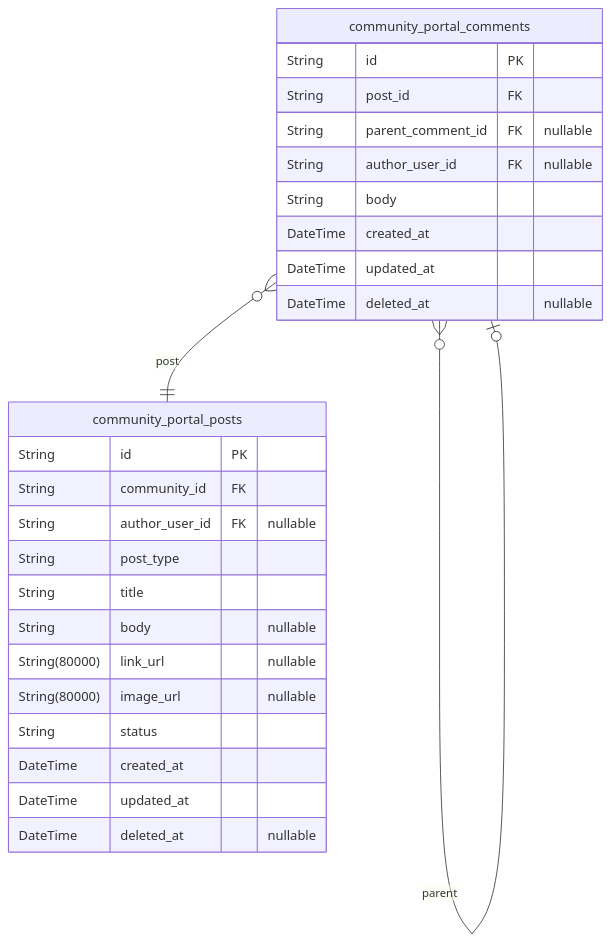
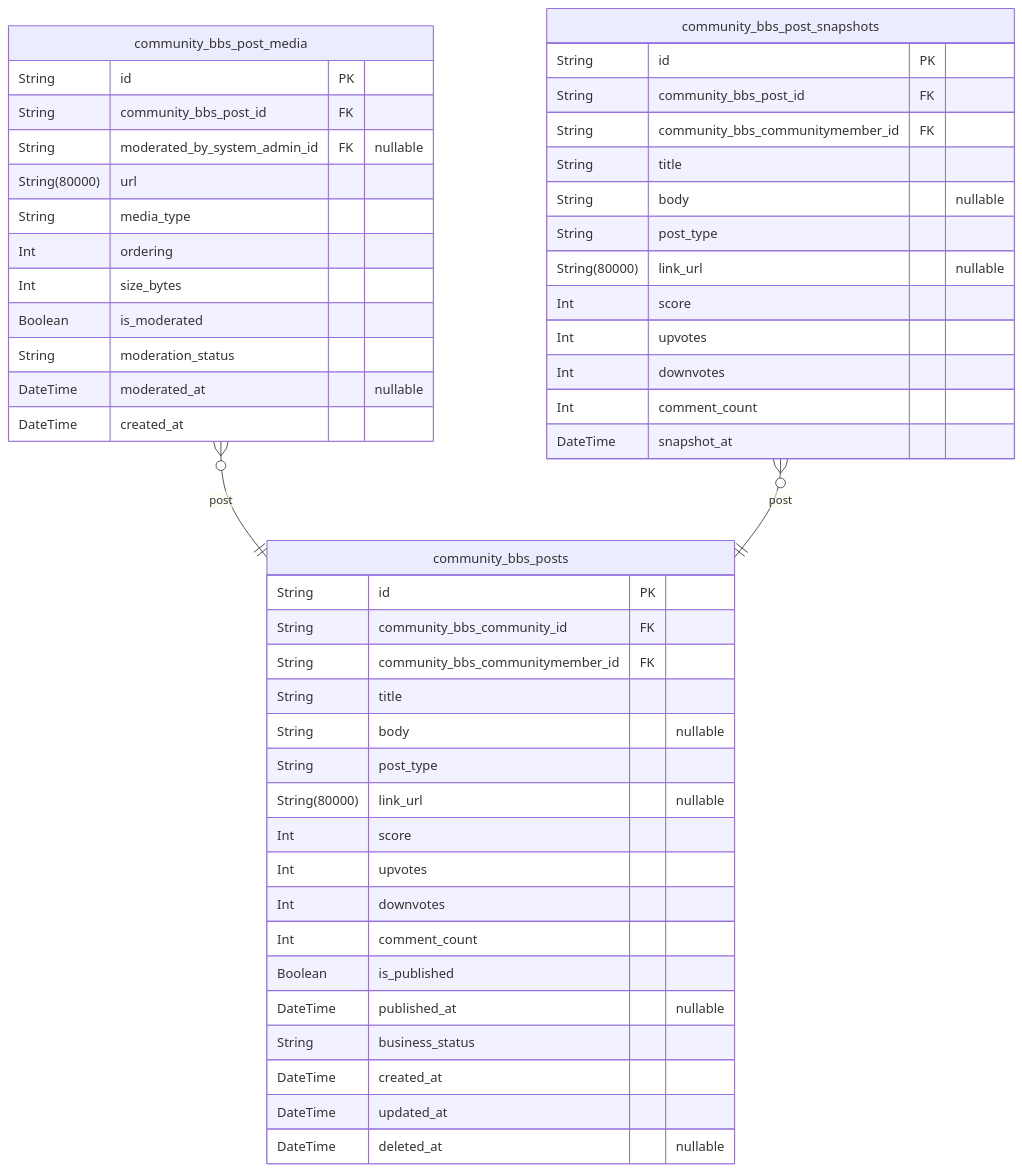
The fourth of 11 diagrams in openai/gpt-5-mini/reddit/docs/ERD.md (wrtnlabs/autobe-examples), drawn with Mermaid before and after one commit. The commit also changed other lines of this file and 16146 other files, not shown here.

````diff
--- a/openai/gpt-5-mini/reddit/docs/ERD.md
+++ b/openai/gpt-5-mini/reddit/docs/ERD.md
@@ -226,29 +540,51 @@
 ```mermaid
 erDiagram
-"community_portal_posts" {
+"community_bbs_posts" {
   String id PK
-  String community_id FK
-  String author_user_id FK "nullable"
-  String post_type
+  String community_bbs_community_id FK
+  String community_bbs_communitymember_id FK
   String title
   String body "nullable"
+  String post_type
   String(80000) link_url "nullable"
-  String(80000) image_url "nullable"
-  String status
+  Int score
+  Int upvotes
+  Int downvotes
+  Int comment_count
+  Boolean is_published
+  DateTime published_at "nullable"
+  String business_status
   DateTime created_at
   DateTime updated_at
   DateTime deleted_at "nullable"
 }
-"community_portal_comments" {
+"community_bbs_post_media" {
   String id PK
-  String post_id FK
-  String parent_comment_id FK "nullable"
-  String author_user_id FK "nullable"
-  String body
+  String community_bbs_post_id FK
+  String moderated_by_system_admin_id FK "nullable"
+  String(80000) url
+  String media_type
+  Int ordering
+  Int size_bytes
+  Boolean is_moderated
+  String moderation_status
+  DateTime moderated_at "nullable"
   DateTime created_at
-  DateTime updated_at
-  DateTime deleted_at "nullable"
 }
-"community_portal_comments" }o--|| "community_portal_posts" : post
-"community_portal_comments" }o--o| "community_portal_comments" : parent
+"community_bbs_post_snapshots" {
+  String id PK
+  String community_bbs_post_id FK
+  String community_bbs_communitymember_id FK
+  String title
+  String body "nullable"
+  String post_type
+  String(80000) link_url "nullable"
+  Int score
+  Int upvotes
+  Int downvotes
+  Int comment_count
+  DateTime snapshot_at
+}
+"community_bbs_post_media" }o--|| "community_bbs_posts" : post
+"community_bbs_post_snapshots" }o--|| "community_bbs_posts" : post
 ```
````
